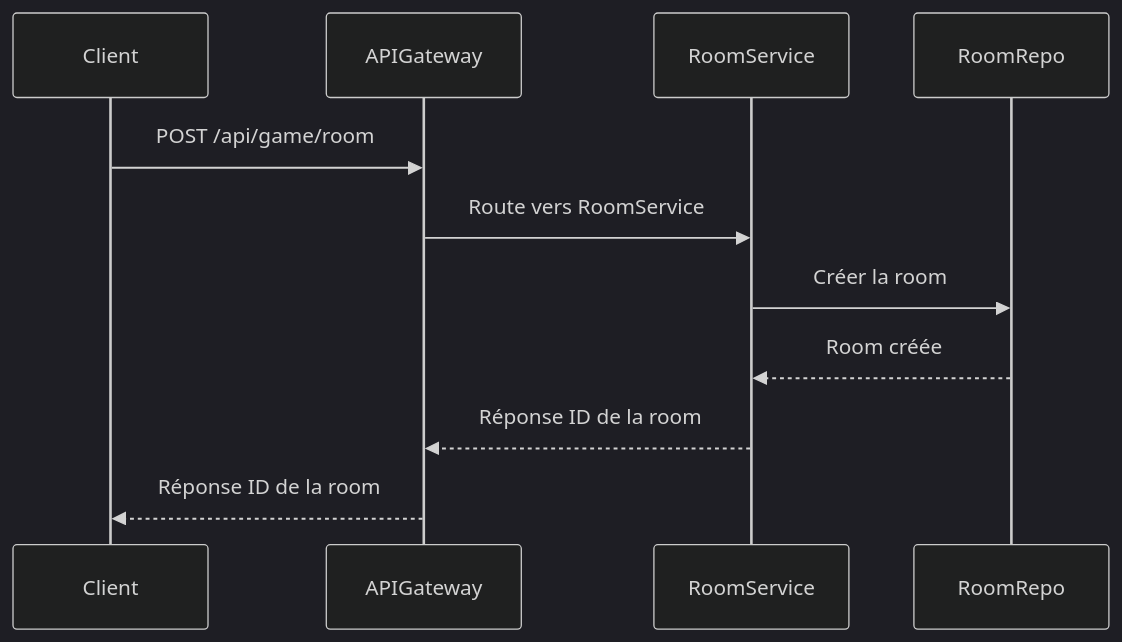
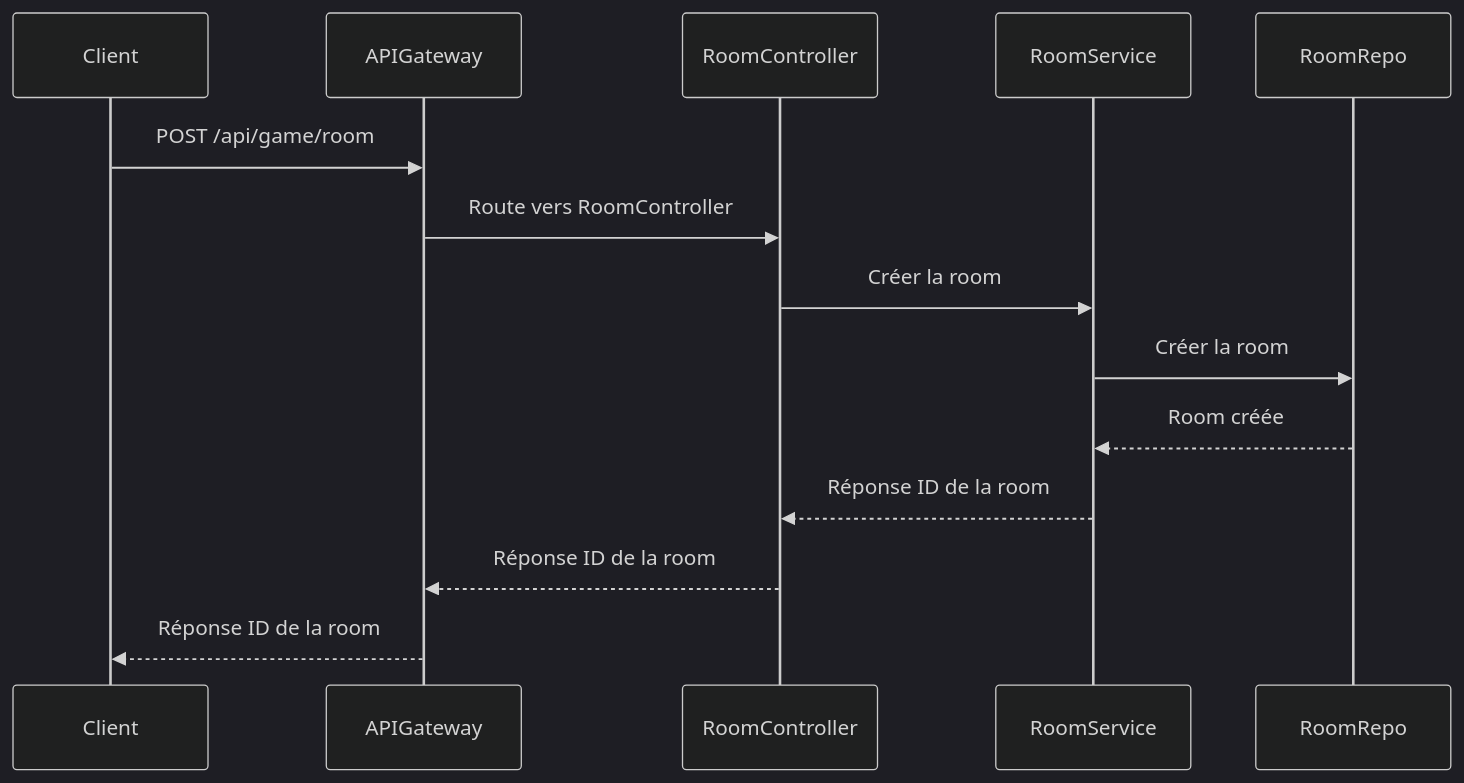
The sixth of 6 diagrams in README.md (Amine-HADJ/Atelier3-SpringBoot), drawn with Mermaid (dark theme) before and after one commit. The commit also changed other lines of this file, not shown here.

````diff
--- a/README.md
+++ b/README.md
@@ -90,13 +101,16 @@
 ```mermaid
 sequenceDiagram
 participant Client
 participant APIGateway
+participant RoomController
 participant RoomService
 participant RoomRepo
 Client->>APIGateway: POST /api/game/room
-APIGateway->>RoomService: Route vers RoomService
+APIGateway->>RoomController: Route vers RoomController
+RoomController->>RoomService: Créer la room
 RoomService->>RoomRepo: Créer la room
 RoomRepo-->>RoomService: Room créée
-RoomService-->>APIGateway: Réponse ID de la room
+RoomService-->>RoomController: Réponse ID de la room
+RoomController-->>APIGateway: Réponse ID de la room
 APIGateway-->>Client: Réponse ID de la room
 ```
````
